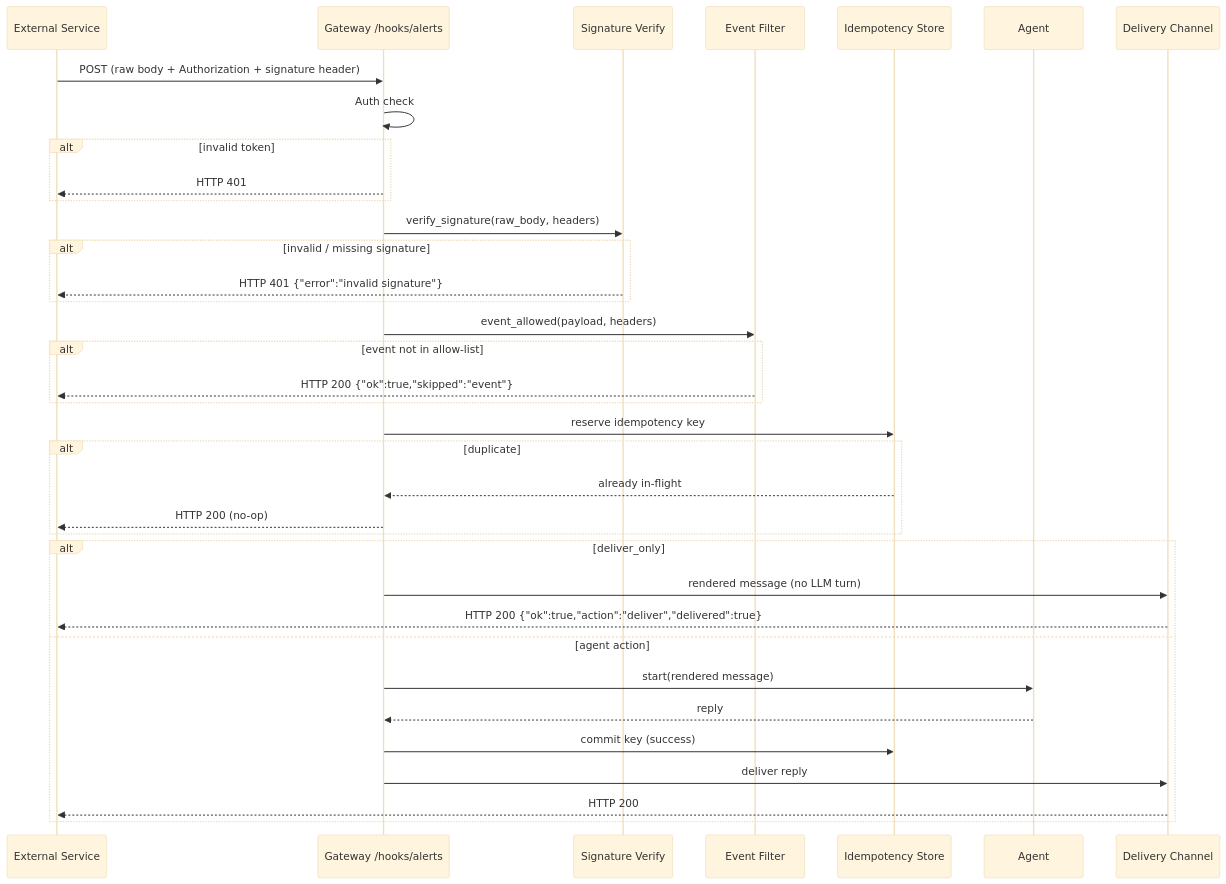
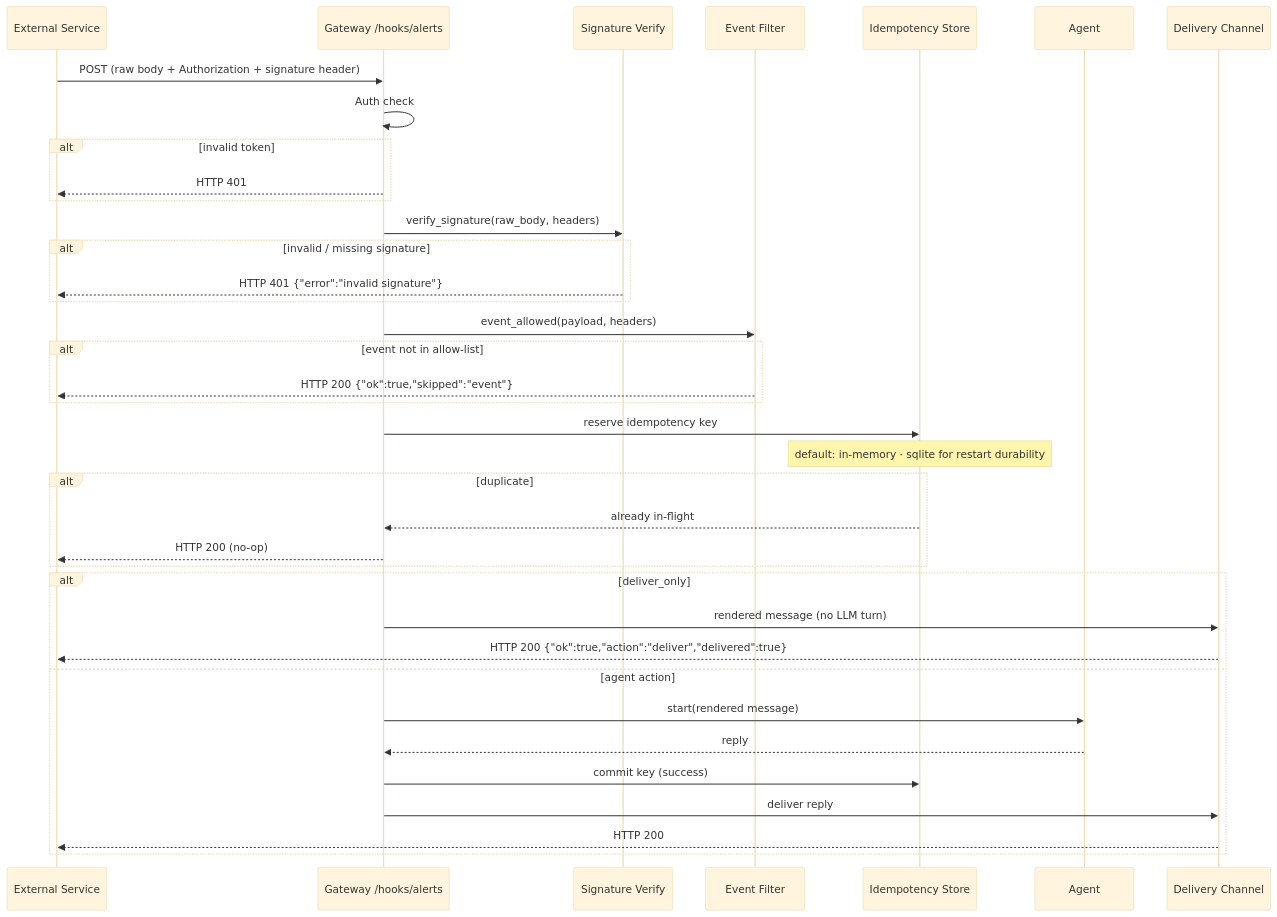
Before and after one commit to MervinPraison/PraisonAIDocs: the second of 4 diagrams in docs/features/gateway-hooks.mdx, drawn with Mermaid (base theme). The commit also changed other lines of this file and 1 other file, not shown here.

Commit message:
docs: surface durable SQLite idempotency backend for gateway inbound hooks (fixes #3197)

````diff
--- a/docs/features/gateway-hooks.mdx
+++ b/docs/features/gateway-hooks.mdx
@@ -93,39 +93,40 @@
 ```mermaid
 sequenceDiagram
     participant Ext as External Service
     participant GW as Gateway /hooks/alerts
     participant Sig as Signature Verify
     participant Ev as Event Filter
     participant Dedup as Idempotency Store
     participant Agent
     participant Chan as Delivery Channel
 
     Ext->>GW: POST (raw body + Authorization + signature header)
     GW->>GW: Auth check
     alt invalid token
         GW-->>Ext: HTTP 401
     end
     GW->>Sig: verify_signature(raw_body, headers)
     alt invalid / missing signature
         Sig-->>Ext: HTTP 401 {"error":"invalid signature"}
     end
     GW->>Ev: event_allowed(payload, headers)
     alt event not in allow-list
         Ev-->>Ext: HTTP 200 {"ok":true,"skipped":"event"}
     end
     GW->>Dedup: reserve idempotency key
+    Note over Dedup: default: in-memory · sqlite for restart durability
     alt duplicate
         Dedup-->>GW: already in-flight
         GW-->>Ext: HTTP 200 (no-op)
     end
     alt deliver_only
         GW->>Chan: rendered message (no LLM turn)
         Chan-->>Ext: HTTP 200 {"ok":true,"action":"deliver","delivered":true}
     else agent action
         GW->>Agent: start(rendered message)
         Agent-->>GW: reply
         GW->>Dedup: commit key (success)
         GW->>Chan: deliver reply
         Chan-->>Ext: HTTP 200
     end
 ```
````
